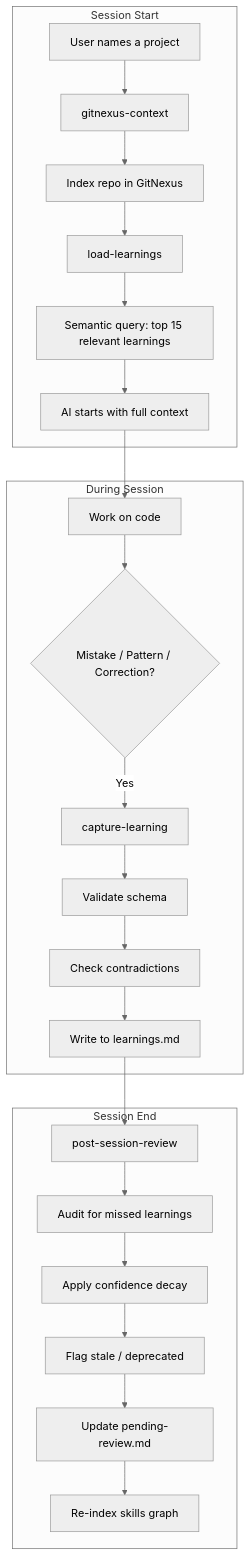
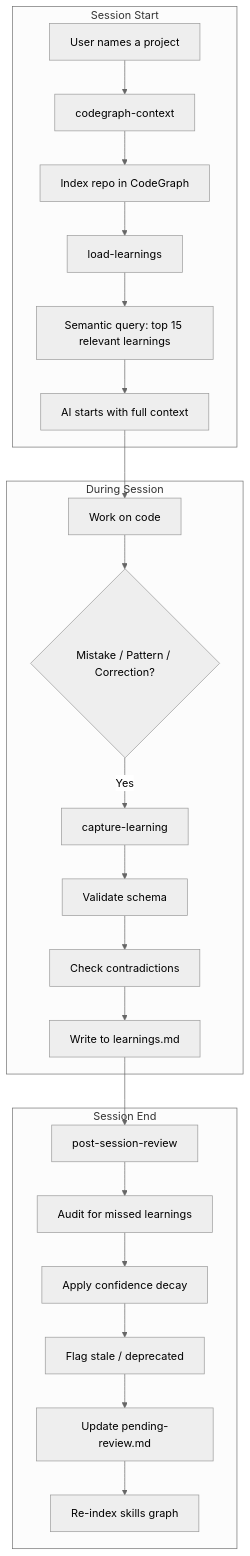
The first of 2 diagrams in README.md (deve1993/skillbrain), drawn with Mermaid (neutral theme) before and after one commit. The commit also changed other lines of this file and 10 other files, not shown here.

````diff
--- a/README.md
+++ b/README.md
@@ -63,28 +63,28 @@
 ```mermaid
 graph TD
     subgraph Session Start
-        A[User names a project] --> B[gitnexus-context]
-        B --> C[Index repo in GitNexus]
+        A[User names a project] --> B[codegraph-context]
+        B --> C[Index repo in CodeGraph]
         C --> D[load-learnings]
         D --> E[Semantic query: top 15 relevant learnings]
         E --> F[AI starts with full context]
     end
 
     subgraph During Session
         F --> G[Work on code]
         G --> H{Mistake / Pattern / Correction?}
         H -->|Yes| I[capture-learning]
         I --> J[Validate schema]
         J --> K[Check contradictions]
         K --> L[Write to learnings.md]
     end
 
     subgraph Session End
         L --> M[post-session-review]
         M --> N[Audit for missed learnings]
         N --> O[Apply confidence decay]
         O --> P[Flag stale / deprecated]
         P --> Q[Update pending-review.md]
         Q --> R[Re-index skills graph]
     end
 ```
````
